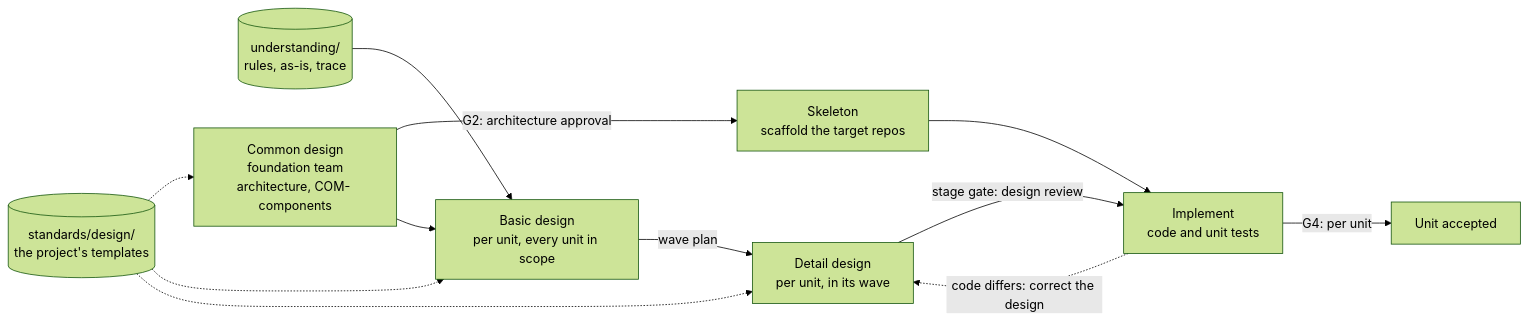
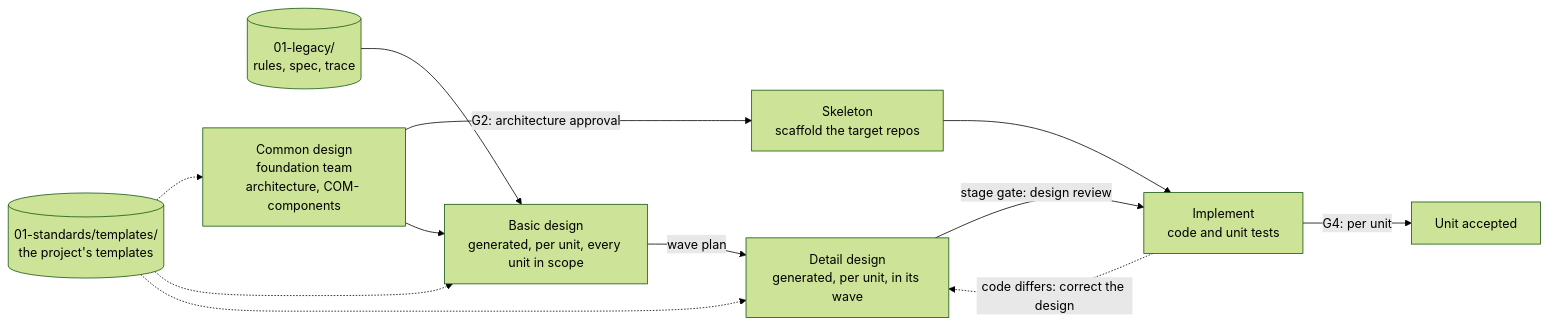
The third of 3 diagrams in docs/methodology/delivery-pipeline.md (evoelsewhere/kintsugi), drawn with Mermaid (forest theme) before and after one commit. The commit also changed other lines of this file and 318 other files, not shown here.

````diff
--- a/docs/methodology/delivery-pipeline.md
+++ b/docs/methodology/delivery-pipeline.md
@@ -98,14 +98,14 @@
 ```mermaid
 flowchart LR
-  und[("understanding/<br/>rules, as-is, trace")] --> basic
-  tpl[("standards/design/<br/>the project's templates")] -.-> common
+  und[("01-legacy/<br/>rules, spec, trace")] --> basic
+  tpl[("01-standards/templates/<br/>the project's templates")] -.-> common
   tpl -.-> basic
   tpl -.-> detail
   common["Common design<br/>foundation team<br/>architecture, COM- components"] -->|"G2: architecture approval"| skeleton["Skeleton<br/>scaffold the target repos"]
-  common --> basic["Basic design<br/>per unit, every unit in scope"]
-  basic -->|"wave plan"| detail["Detail design<br/>per unit, in its wave"]
+  common --> basic["Basic design<br/>generated, per unit, every unit in scope"]
+  basic -->|"wave plan"| detail["Detail design<br/>generated, per unit, in its wave"]
   skeleton --> impl
   detail -->|"stage gate: design review"| impl["Implement<br/>code and unit tests"]
   impl -->|"G4: per unit"| done["Unit accepted"]
   impl -.->|"code differs: correct the design"| detail
 ```
````
